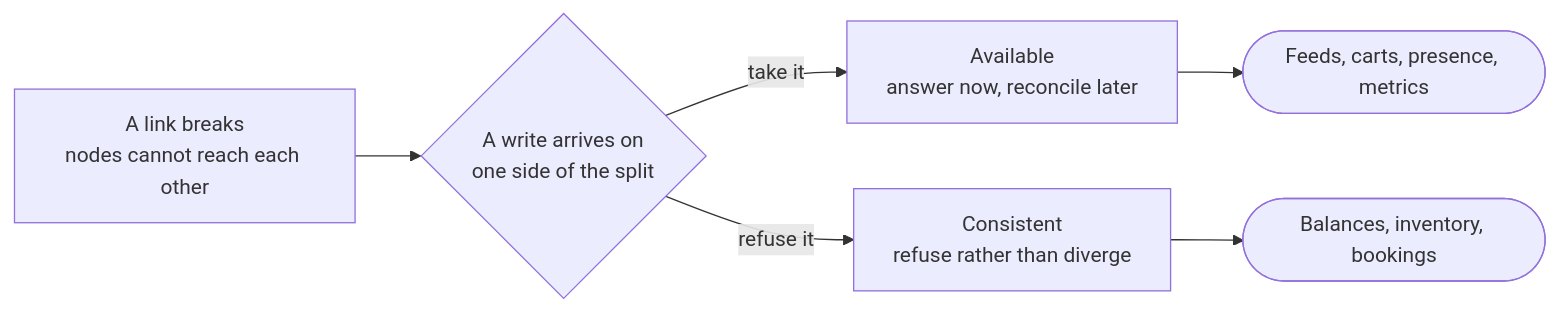
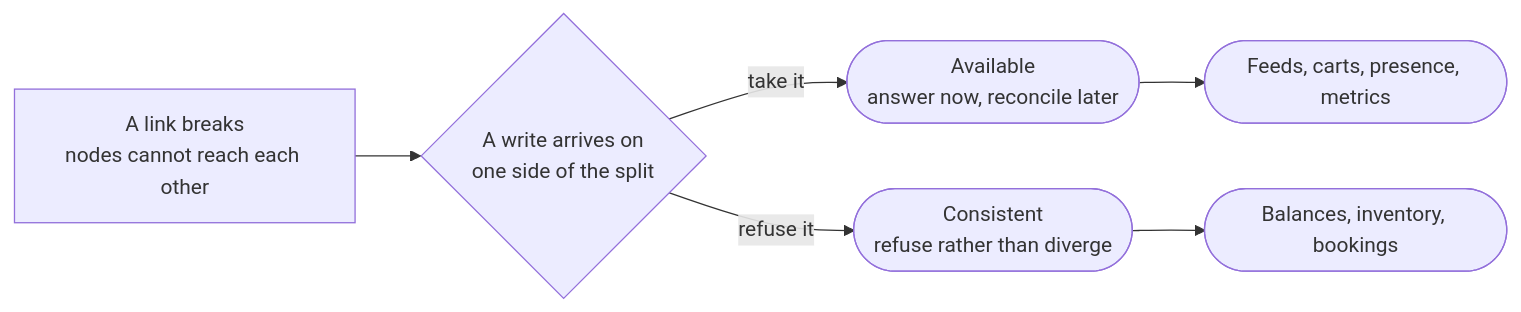
Before and after one commit to Laticent/lattice: the sixth of 19 diagrams in examples/system-design-foundations.md, drawn with Mermaid. The commit also changed other lines of this file and 1 other file, not shown here.

````diff
--- a/examples/system-design-foundations.md
+++ b/examples/system-design-foundations.md
@@ -1030,8 +1030,8 @@
 ```mermaid
 flowchart LR
   N["A link breaks<br/>nodes cannot reach each other"] --> C{"A write arrives on<br/>one side of the split"}
-  C -->|"take it"| AP["Available<br/>answer now, reconcile later"]
-  C -->|"refuse it"| CP["Consistent<br/>refuse rather than diverge"]
+  C -->|"take it"| AP(["Available<br/>answer now, reconcile later"])
+  C -->|"refuse it"| CP(["Consistent<br/>refuse rather than diverge"])
   AP --> APC(["Feeds, carts, presence, metrics"])
   CP --> CPC(["Balances, inventory, bookings"])
 ```
````
